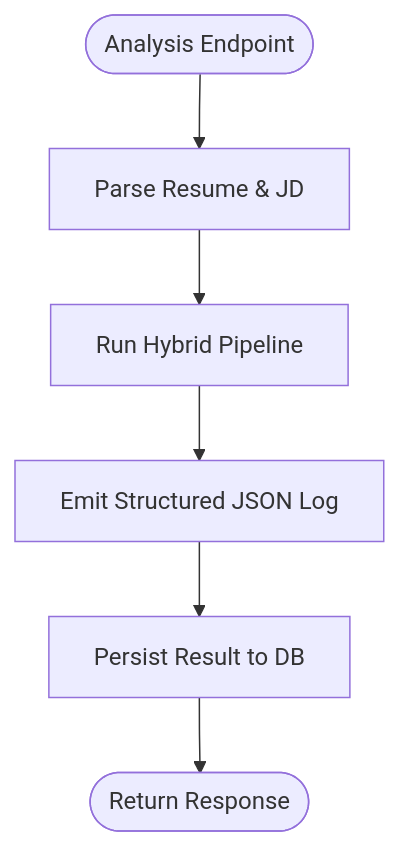
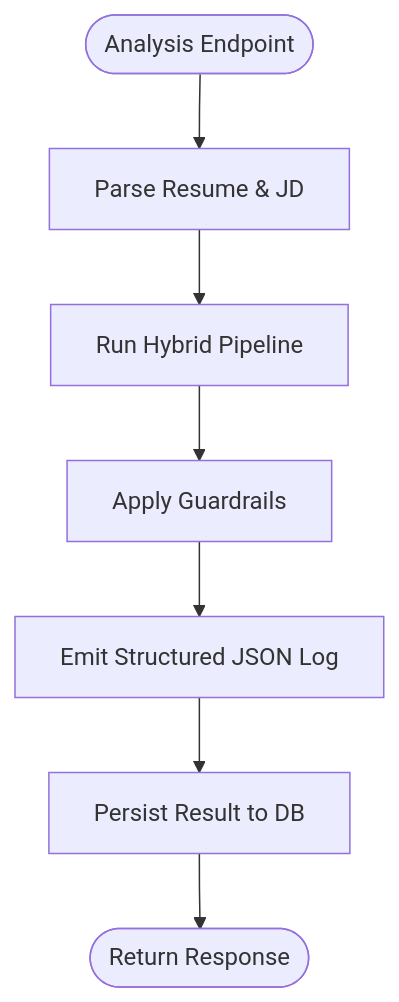
The third of 4 diagrams in .qoder/repowiki/en/content/Deployment & DevOps/Monitoring & Logging.md (Revanththetalogics/aireume), drawn with Mermaid before and after one commit. The commit also changed other lines of this file and 21 other files, not shown here.

````diff
--- a/.qoder/repowiki/en/content/Deployment & DevOps/Monitoring & Logging.md
+++ b/.qoder/repowiki/en/content/Deployment & DevOps/Monitoring & Logging.md
@@ -219,8 +244,9 @@
 ```mermaid
 flowchart TD
 Start(["Analysis Endpoint"]) --> Parse["Parse Resume & JD"]
 Parse --> RunPipeline["Run Hybrid Pipeline"]
-RunPipeline --> LogEvent["Emit Structured JSON Log"]
+RunPipeline --> Guardrail["Apply Guardrails"]
+Guardrail --> LogEvent["Emit Structured JSON Log"]
 LogEvent --> Persist["Persist Result to DB"]
 Persist --> End(["Return Response"])
 ```
````
